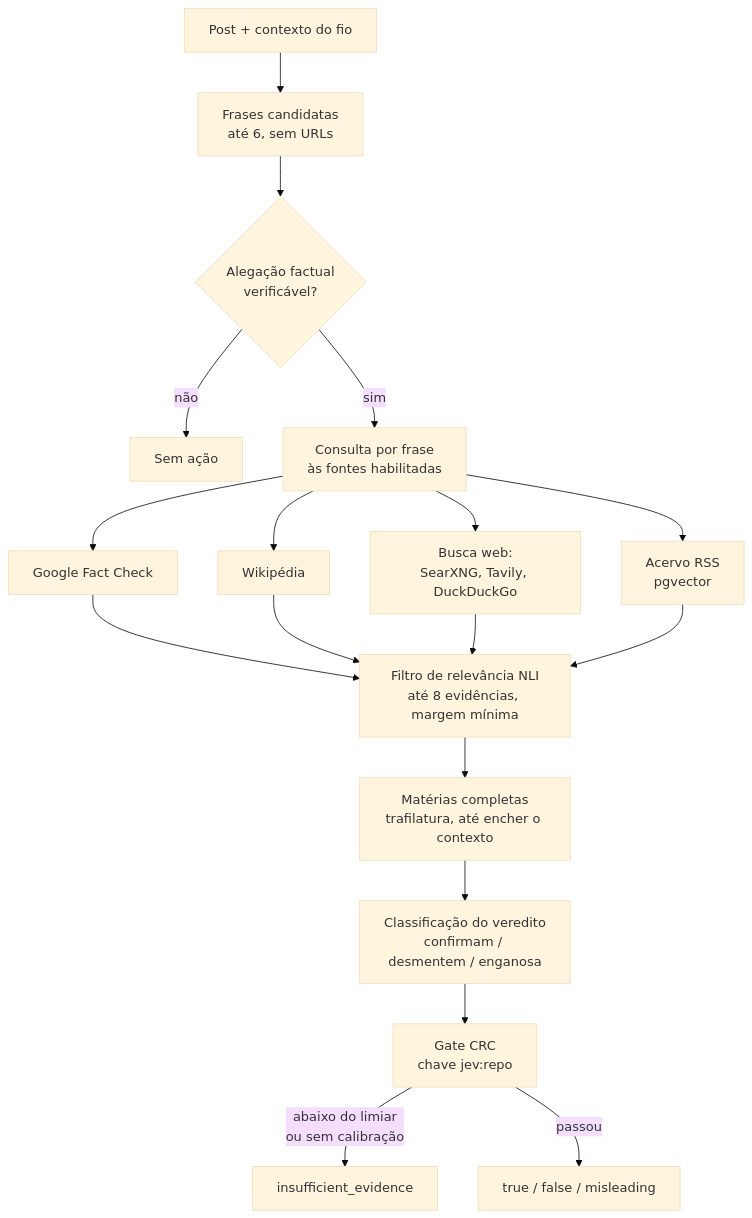
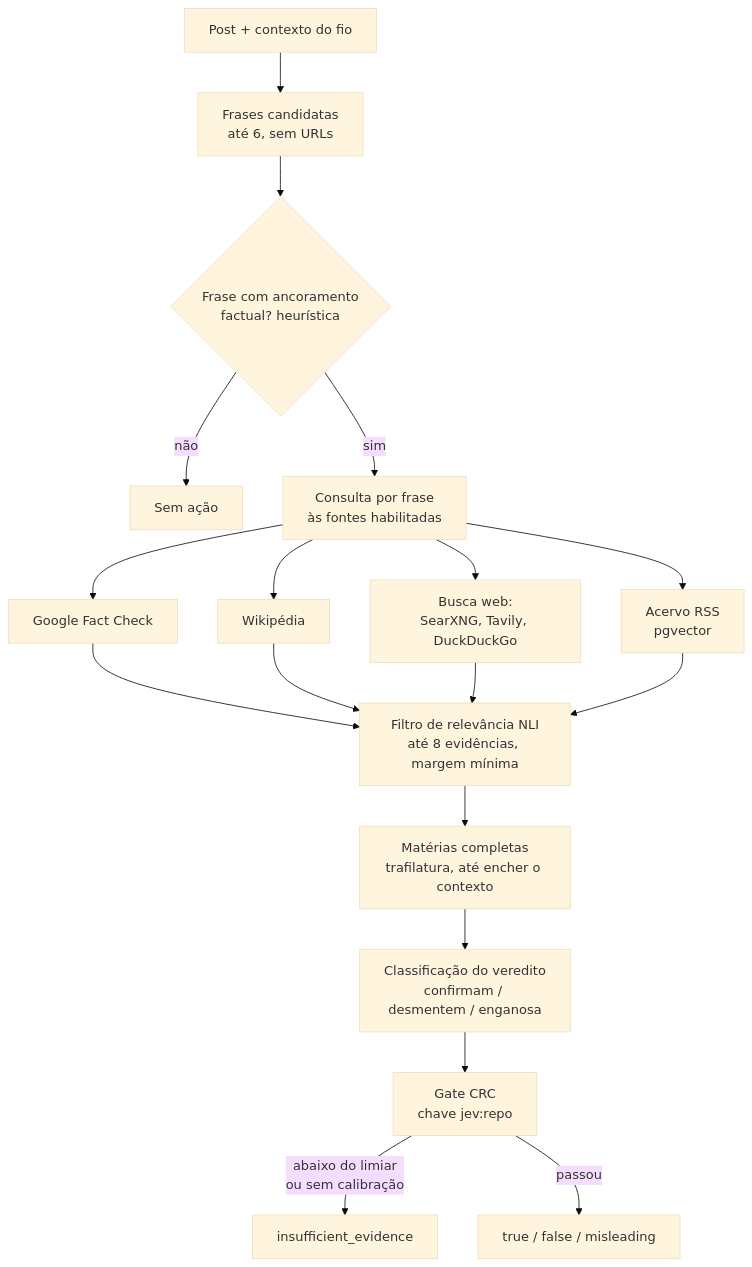
Before and after one commit to moonshinerd/ContrarIA: the fourth of 4 diagrams in docs/arquitetura/index.md, drawn with Mermaid (base theme). The commit also changed other lines of this file and 6 other files, not shown here.

````diff
--- a/docs/arquitetura/index.md
+++ b/docs/arquitetura/index.md
@@ -140,17 +140,17 @@
 ```mermaid
 flowchart TD
     P[Post + contexto do fio] --> S[Frases candidatas<br/>até 6, sem URLs]
-    S --> K{Alegação factual<br/>verificável?}
+    S --> K{Frase com ancoramento<br/>factual? heurística}
     K -- não --> X[Sem ação]
     K -- sim --> Q[Consulta por frase<br/>às fontes habilitadas]
     Q --> E1[Google Fact Check]
     Q --> E2[Wikipédia]
     Q --> E3[Busca web:<br/>SearXNG, Tavily, DuckDuckGo]
     Q --> E4[Acervo RSS<br/>pgvector]
     E1 & E2 & E3 & E4 --> F[Filtro de relevância NLI<br/>até 8 evidências, margem mínima]
     F --> M[Matérias completas<br/>trafilatura, até encher o contexto]
     M --> C[Classificação do veredito<br/>confirmam / desmentem / enganosa]
     C --> G[Gate CRC<br/>chave jev:repo]
     G -- abaixo do limiar<br/>ou sem calibração --> I[insufficient_evidence]
     G -- passou --> V[true / false / misleading]
 ```
````
